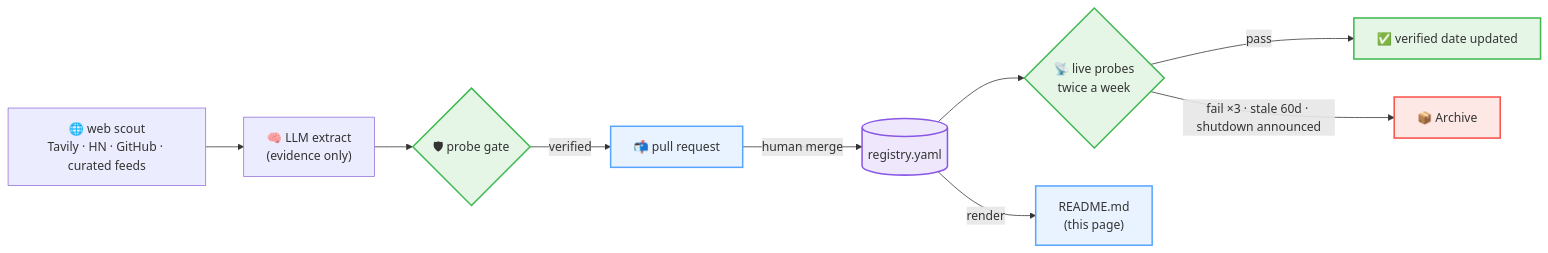
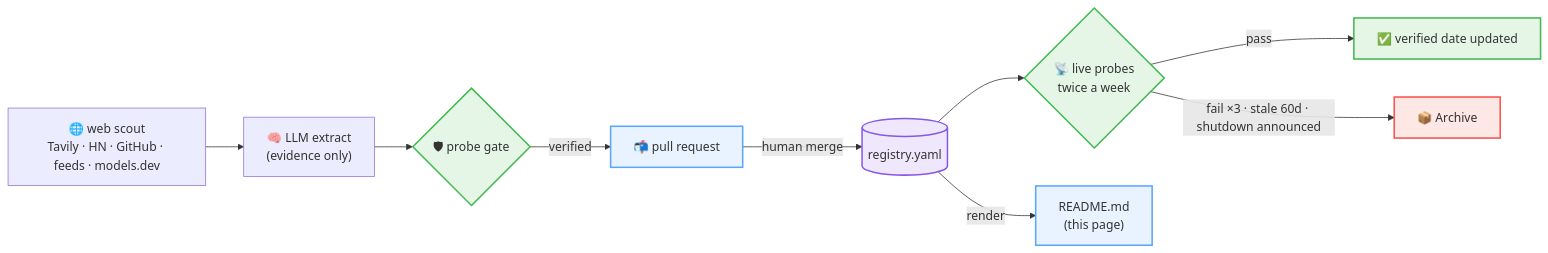
One commit to mvalentsev/awesome-free-ai-coding changed the diagram in README.md. Above: the diagram before and after it, drawn with Mermaid. The commit also changed other lines of this file and 7 other files, not shown here.

````diff
--- a/README.md
+++ b/README.md
@@ -243,20 +243,20 @@
 ```mermaid
 flowchart LR
-    S["🌐 web scout<br/>Tavily · HN · GitHub · curated feeds"] --> L["🧠 LLM extract<br/>(evidence only)"]
+    S["🌐 web scout<br/>Tavily · HN · GitHub · feeds · models.dev"] --> L["🧠 LLM extract<br/>(evidence only)"]
     L --> G{"🛡 probe gate"}
     G -->|verified| PR["📬 pull request"]
     PR -->|human merge| R[("registry.yaml")]
     R --> P{"📡 live probes<br/>twice a week"}
     P -->|pass| V["✅ verified date updated"]
     P -->|fail ×3 · stale 60d · shutdown announced| A["📦 Archive"]
     R -->|render| MD["README.md<br/>(this page)"]
 
     classDef pass fill:#3fb95022,stroke:#3fb950,stroke-width:2px
     classDef drop fill:#f8514922,stroke:#f85149,stroke-width:2px
     classDef human fill:#58a6ff22,stroke:#58a6ff,stroke-width:2px
     classDef store fill:#8957e522,stroke:#8957e5,stroke-width:2px
     class G,P,V pass
     class A drop
     class PR,MD human
     class R store
 ```
````
